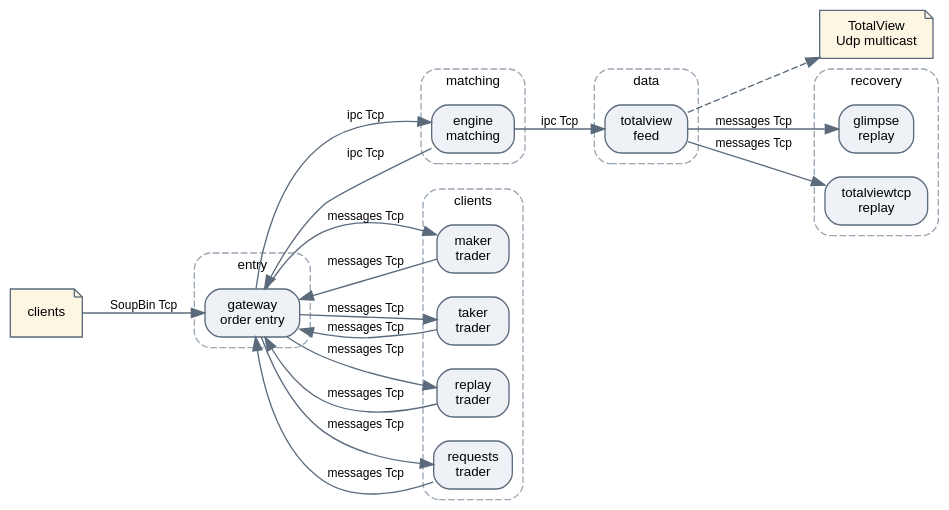
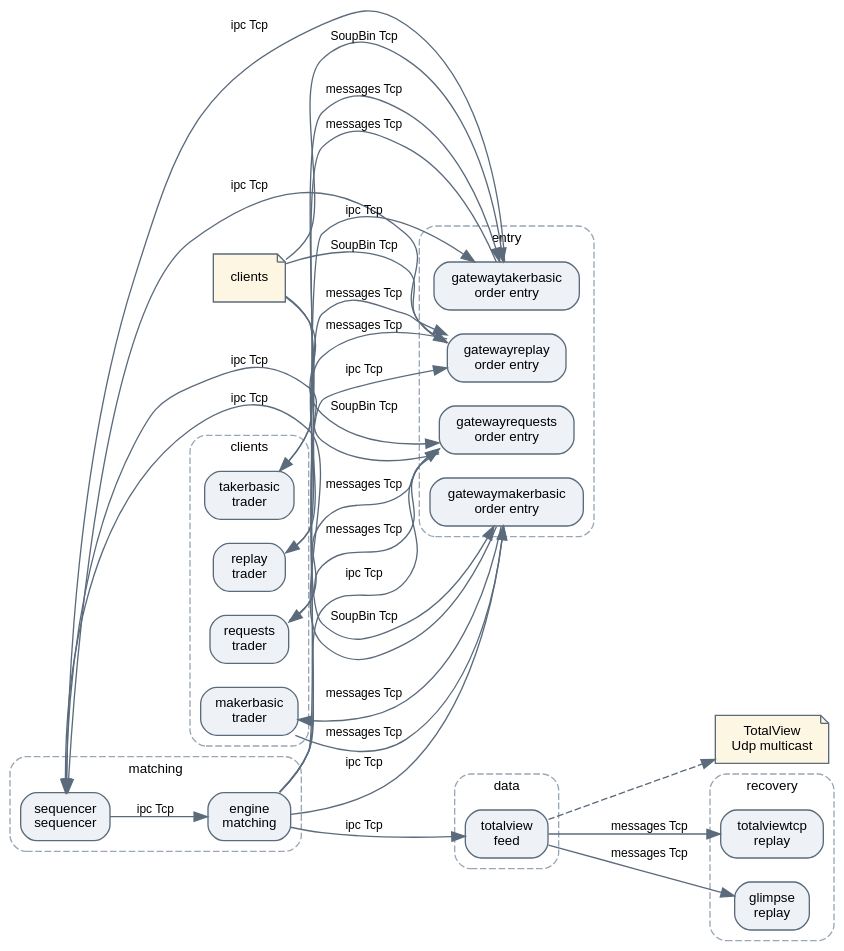
Before and after one commit to Open-Markets-Initiative/omi-cpp-exchanges: the diagram in nasdaq/equities/open/cluster/topology.dot, drawn with Graphviz. The commit also changed 2870 other files, not shown here.

```diff
--- a/nasdaq/equities/open/cluster/topology.dot
+++ b/nasdaq/equities/open/cluster/topology.dot
@@ -1,67 +1,81 @@
 // Nasdaq Stock Market Open — the venue's components and the links between them.
 //
 // Generated from the exchange's own declaration, so it cannot disagree with what was
 // built. Render it with:  dot -Tsvg topology.dot -o topology.svg
 
 digraph nasdaq {
     rankdir = LR;
     graph [fontname = "Helvetica", bgcolor = "transparent", splines = true];
     node  [fontname = "Helvetica", fontsize = 10, shape = box, style = "rounded,filled", fillcolor = "#eef2f7", color = "#5b6b7c"];
     edge  [fontname = "Helvetica", fontsize = 9, color = "#5b6b7c"];
 
     // The outside world: what reaches the venue and what leaves it.
     clients [label = "clients", shape = note, fillcolor = "#fdf6e3"];
     totalview_out [label = "TotalView\nUdp multicast", shape = note, fillcolor = "#fdf6e3"];
 
     // The components, each its own process in the separated versions and its own thread in the single binary.
     subgraph cluster_entry {
         label = "entry";
         style = "rounded,dashed"; color = "#9aa7b4"; fontsize = 10;
-        gateway [label = "gateway\norder entry"];
+        gatewaymakerbasic [label = "gatewaymakerbasic\norder entry"];
+        gatewaytakerbasic [label = "gatewaytakerbasic\norder entry"];
+        gatewayreplay [label = "gatewayreplay\norder entry"];
+        gatewayrequests [label = "gatewayrequests\norder entry"];
     }
     subgraph cluster_matching {
         label = "matching";
         style = "rounded,dashed"; color = "#9aa7b4"; fontsize = 10;
         engine [label = "engine\nmatching"];
+        sequencer [label = "sequencer\nsequencer"];
     }
     subgraph cluster_data {
         label = "data";
         style = "rounded,dashed"; color = "#9aa7b4"; fontsize = 10;
         totalview [label = "totalview\nfeed"];
     }
     subgraph cluster_recovery {
         label = "recovery";
         style = "rounded,dashed"; color = "#9aa7b4"; fontsize = 10;
         glimpse [label = "glimpse\nreplay"];
         totalviewtcp [label = "totalviewtcp\nreplay"];
     }
     subgraph cluster_clients {
         label = "clients";
         style = "rounded,dashed"; color = "#9aa7b4"; fontsize = 10;
-        maker [label = "maker\ntrader"];
-        taker [label = "taker\ntrader"];
+        makerbasic [label = "makerbasic\ntrader"];
+        takerbasic [label = "takerbasic\ntrader"];
         replay [label = "replay\ntrader"];
         requests [label = "requests\ntrader"];
     }
 
     // Order entry arrives over Tcp, whichever version is running.
-    clients -> gateway [label = "SoupBin Tcp"];
+    clients -> gatewaymakerbasic [label = "SoupBin Tcp"];
+    clients -> gatewaytakerbasic [label = "SoupBin Tcp"];
+    clients -> gatewayreplay [label = "SoupBin Tcp"];
+    clients -> gatewayrequests [label = "SoupBin Tcp"];
 
     // Between the components: a queue in one process, a ring across several, a socket across machines.
-    gateway -> engine [label = "ipc Tcp"];
-    engine -> gateway [label = "ipc Tcp"];
+    gatewaymakerbasic -> sequencer [label = "ipc Tcp"];
+    gatewaytakerbasic -> sequencer [label = "ipc Tcp"];
+    gatewayreplay -> sequencer [label = "ipc Tcp"];
+    gatewayrequests -> sequencer [label = "ipc Tcp"];
+    sequencer -> engine [label = "ipc Tcp"];
+    engine -> gatewaymakerbasic [label = "ipc Tcp"];
+    engine -> gatewaytakerbasic [label = "ipc Tcp"];
+    engine -> gatewayreplay [label = "ipc Tcp"];
+    engine -> gatewayrequests [label = "ipc Tcp"];
     engine -> totalview [label = "ipc Tcp"];
     totalview -> glimpse [label = "messages Tcp"];
     totalview -> totalviewtcp [label = "messages Tcp"];
-    gateway -> maker [label = "messages Tcp"];
-    maker -> gateway [label = "messages Tcp"];
-    gateway -> taker [label = "messages Tcp"];
-    taker -> gateway [label = "messages Tcp"];
-    gateway -> replay [label = "messages Tcp"];
-    replay -> gateway [label = "messages Tcp"];
-    gateway -> requests [label = "messages Tcp"];
-    requests -> gateway [label = "messages Tcp"];
+    gatewaymakerbasic -> makerbasic [label = "messages Tcp"];
+    makerbasic -> gatewaymakerbasic [label = "messages Tcp"];
+    gatewaytakerbasic -> takerbasic [label = "messages Tcp"];
+    takerbasic -> gatewaytakerbasic [label = "messages Tcp"];
+    gatewayreplay -> replay [label = "messages Tcp"];
+    replay -> gatewayreplay [label = "messages Tcp"];
+    gatewayrequests -> requests [label = "messages Tcp"];
+    requests -> gatewayrequests [label = "messages Tcp"];
 
     // And out: each feed publishes and records what it is given.
     totalview -> totalview_out [style = dashed];
 }
```
